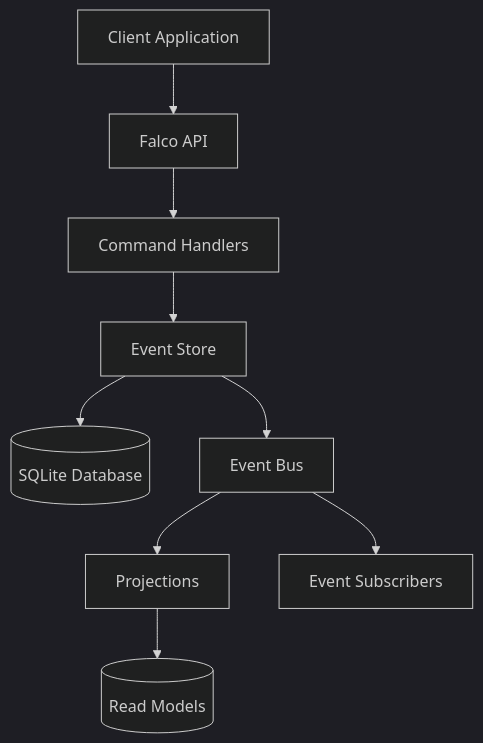
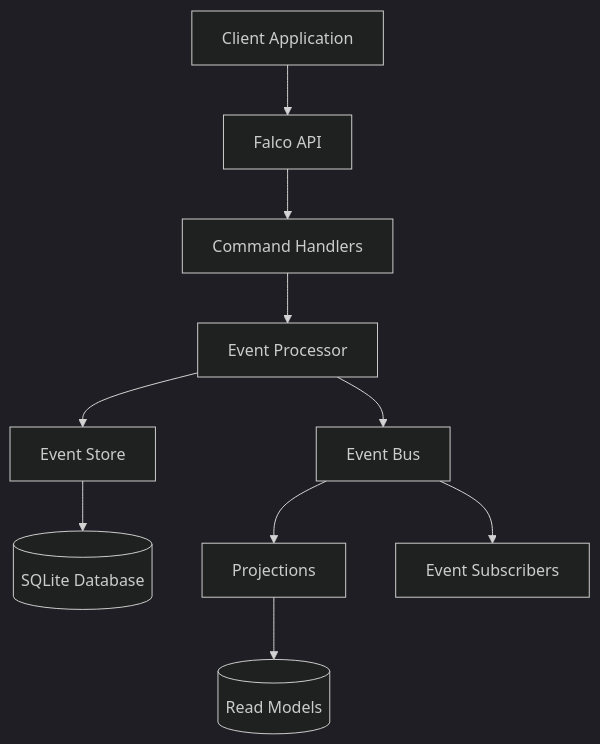
The first of 2 diagrams in docs/09 Event Sourcing with SQLite.md (speakeztech/FlightDeck), drawn with Mermaid before and after one commit. The commit also changed other lines of this file, not shown here.

````diff
--- a/docs/09 Event Sourcing with SQLite.md
+++ b/docs/09 Event Sourcing with SQLite.md
@@ -7,12 +7,13 @@
 ```mermaid
 %%{init: {'theme': 'dark'}}%%
 flowchart TB
     Client[Client Application] --> API[Falco API]
     API --> CommandHandlers[Command Handlers]
-    CommandHandlers --> EventStore[Event Store]
+    CommandHandlers --> EventProcessor[Event Processor]
+    EventProcessor --> EventStore[Event Store]
     EventStore --> SQLite[(SQLite Database)]
-    EventStore --> EventBus[Event Bus]
+    EventProcessor --> EventBus[Event Bus]
     EventBus --> Projections[Projections]
     EventBus --> Subscribers[Event Subscribers]
     Projections --> ReadModels[(Read Models)]
 ```
````
